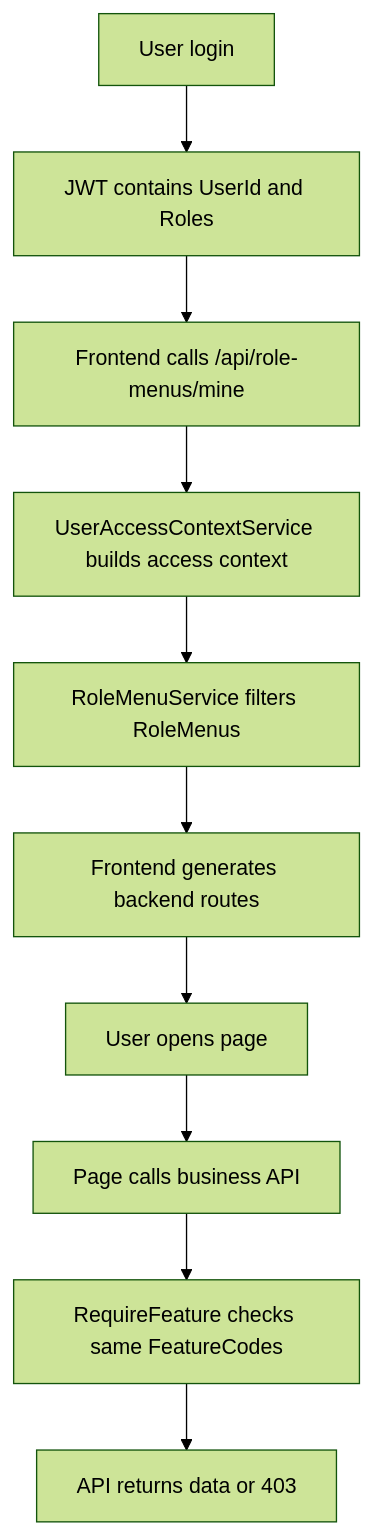
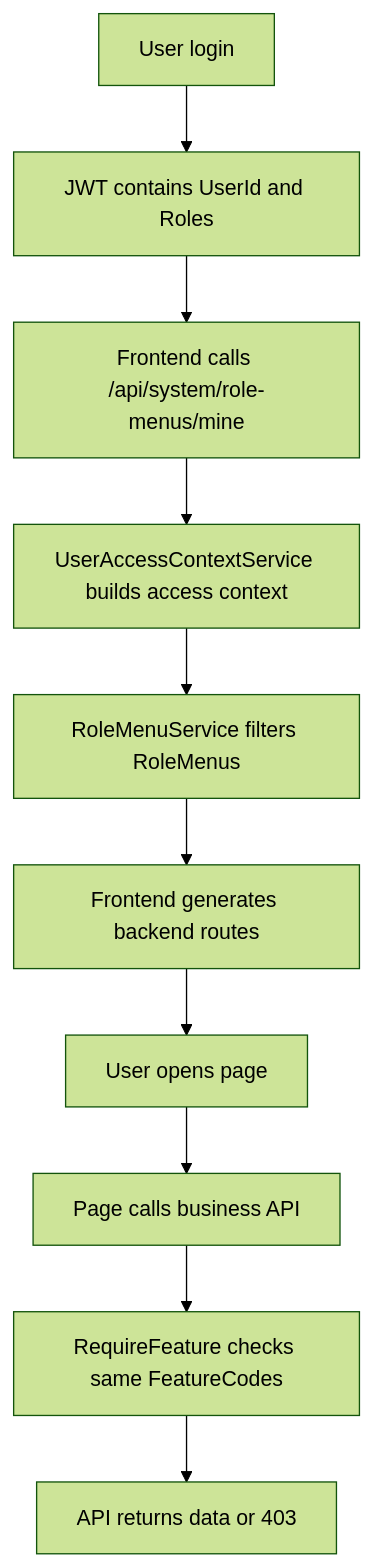
The diagram in PROJECT_ACCESS_MENU_API_DESIGN.md (yang66666hhhhh/MyWeb), drawn with Mermaid (forest theme) before and after one commit. The commit also changed other lines of this file and 22 other files, not shown here.

````diff
--- a/PROJECT_ACCESS_MENU_API_DESIGN.md
+++ b/PROJECT_ACCESS_MENU_API_DESIGN.md
@@ -334,12 +337,12 @@
 ```mermaid
 flowchart TD
     A["User login"] --> B["JWT contains UserId and Roles"]
-    B --> C["Frontend calls /api/role-menus/mine"]
+    B --> C["Frontend calls /api/system/role-menus/mine"]
     C --> D["UserAccessContextService builds access context"]
     D --> E["RoleMenuService filters RoleMenus"]
     E --> F["Frontend generates backend routes"]
     F --> G["User opens page"]
     G --> H["Page calls business API"]
     H --> I["RequireFeature checks same FeatureCodes"]
     I --> J["API returns data or 403"]
 ```
````
